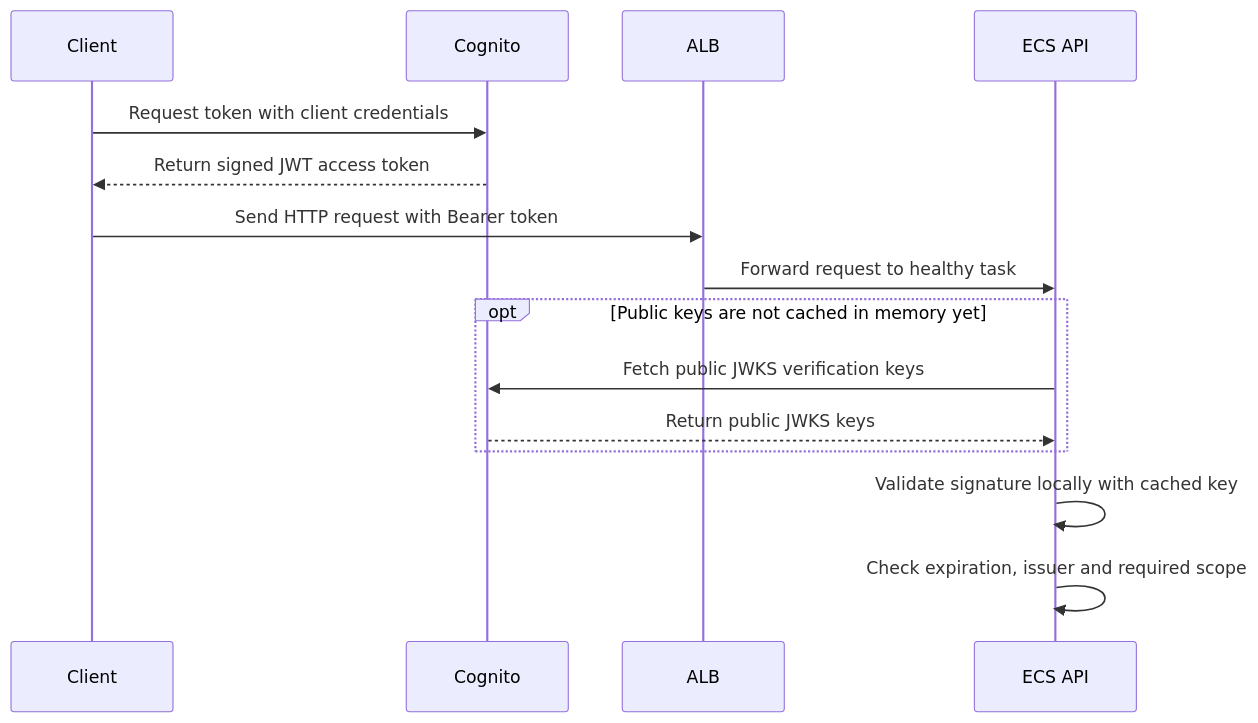
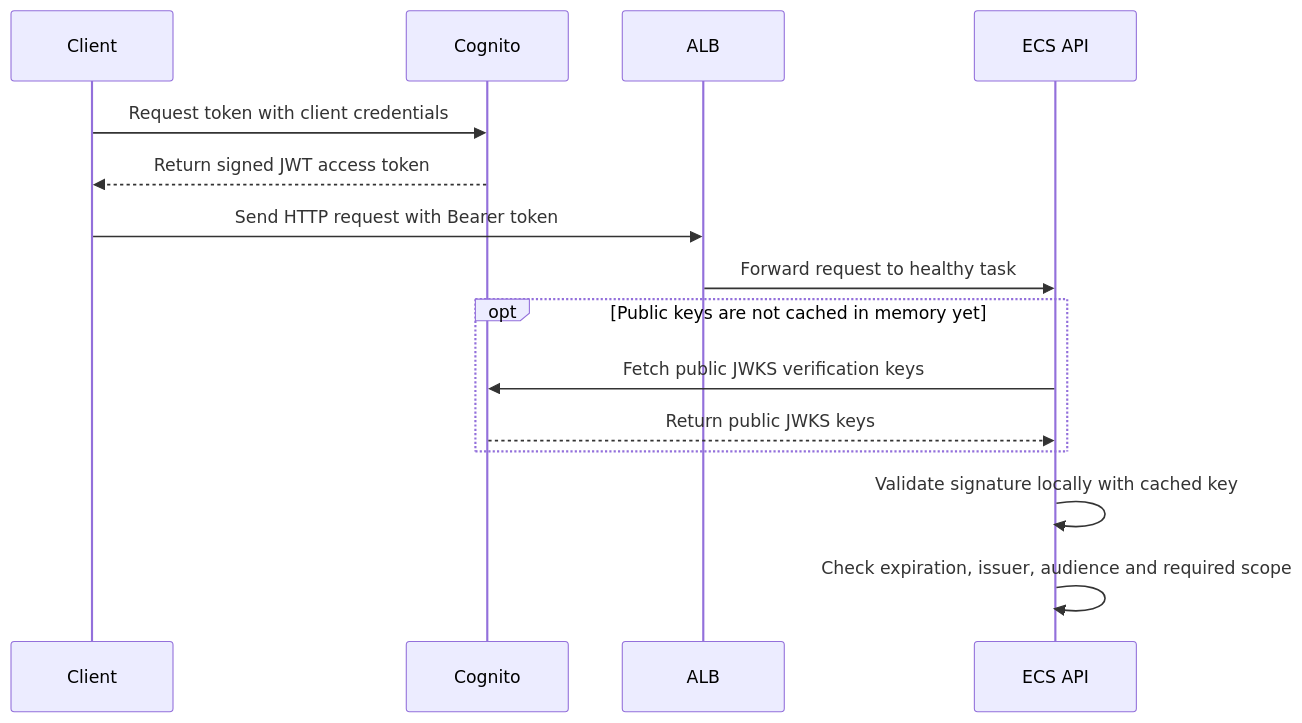
Before and after one commit to git-azeez/aw-az-01: the first of 8 diagrams in reasoning.md, drawn with Mermaid. The commit also changed other lines of this file and 278 other files, not shown here.

````diff
--- a/reasoning.md
+++ b/reasoning.md
@@ -45,18 +45,18 @@
 ```mermaid
 sequenceDiagram
     participant Client
     participant Cognito
     participant ALB
     participant API as ECS API
 
     Client->>Cognito: Request token with client credentials
     Cognito-->>Client: Return signed JWT access token
     Client->>ALB: Send HTTP request with Bearer token
     ALB->>API: Forward request to healthy task
     opt Public keys are not cached in memory yet
         API->>Cognito: Fetch public JWKS verification keys
         Cognito-->>API: Return public JWKS keys
     end
     API->>API: Validate signature locally with cached key
-    API->>API: Check expiration, issuer and required scope
+    API->>API: Check expiration, issuer, audience and required scope
 ```
````
